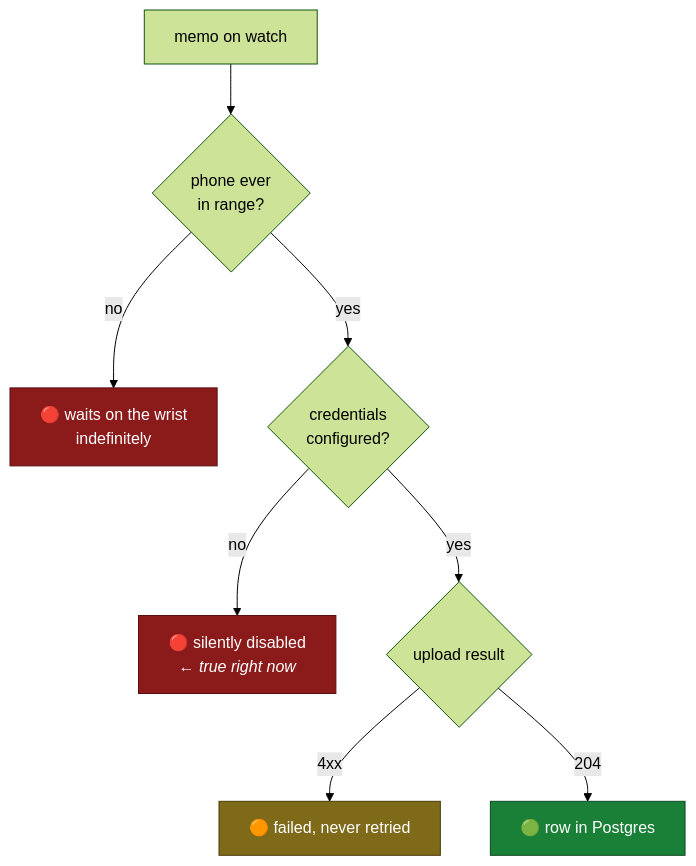
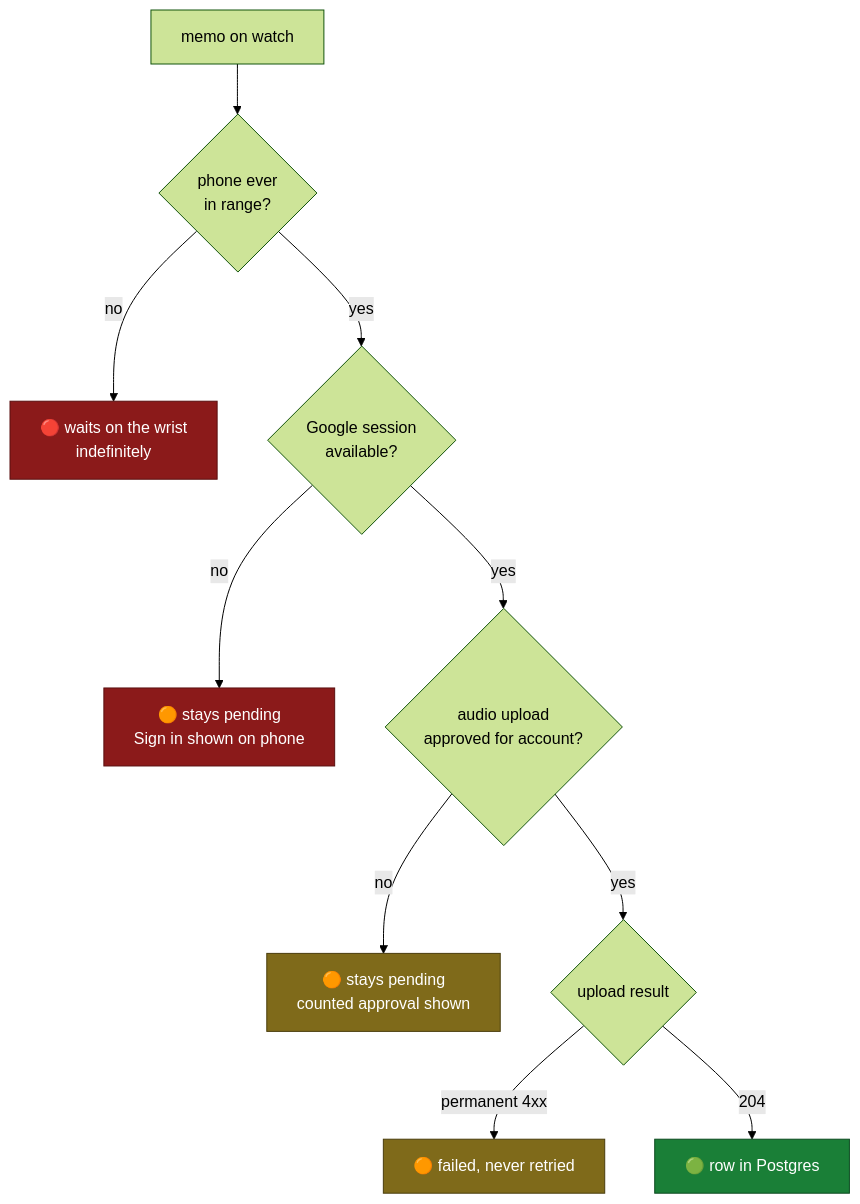
Before and after one commit to FrankLong1/watch-recorder: the fourth of 4 diagrams in docs/architecture/1a_UPLOAD_PATHS.md, drawn with Mermaid (forest theme). The commit also changed other lines of this file and 71 other files, not shown here.

````diff
--- a/docs/architecture/1a_UPLOAD_PATHS.md
+++ b/docs/architecture/1a_UPLOAD_PATHS.md
@@ -128,15 +128,18 @@
 ```mermaid
 flowchart TD
     M["memo on watch"] --> S1{"phone ever<br/>in range?"}
     S1 -->|"no"| K1["🔴 waits on the wrist<br/>indefinitely"]
-    S1 -->|"yes"| S2{"credentials<br/>configured?"}
-    S2 -->|"no"| K2["🔴 silently disabled<br/><i>← true right now</i>"]
-    S2 -->|"yes"| S3{"upload result"}
-    S3 -->|"4xx"| K3["🟠 failed, never retried"]
+    S1 -->|"yes"| S2{"Google session<br/>available?"}
+    S2 -->|"no"| K2["🟠 stays pending<br/>Sign in shown on phone"]
+    S2 -->|"yes"| S2A{"audio upload<br/>approved for account?"}
+    S2A -->|"no"| K2A["🟠 stays pending<br/>counted approval shown"]
+    S2A -->|"yes"| S3{"upload result"}
+    S3 -->|"permanent 4xx"| K3["🟠 failed, never retried"]
     S3 -->|"204"| OK["🟢 row in Postgres"]
 
     style K1 fill:#8b1a1a,stroke:#5a0f0f,color:#fff
     style K2 fill:#8b1a1a,stroke:#5a0f0f,color:#fff
+    style K2A fill:#7f6a1a,stroke:#4a3d0d,color:#fff
     style K3 fill:#7f6a1a,stroke:#4a3d0d,color:#fff
     style OK fill:#1a7f37,stroke:#0d4a20,color:#fff
 ```
````
